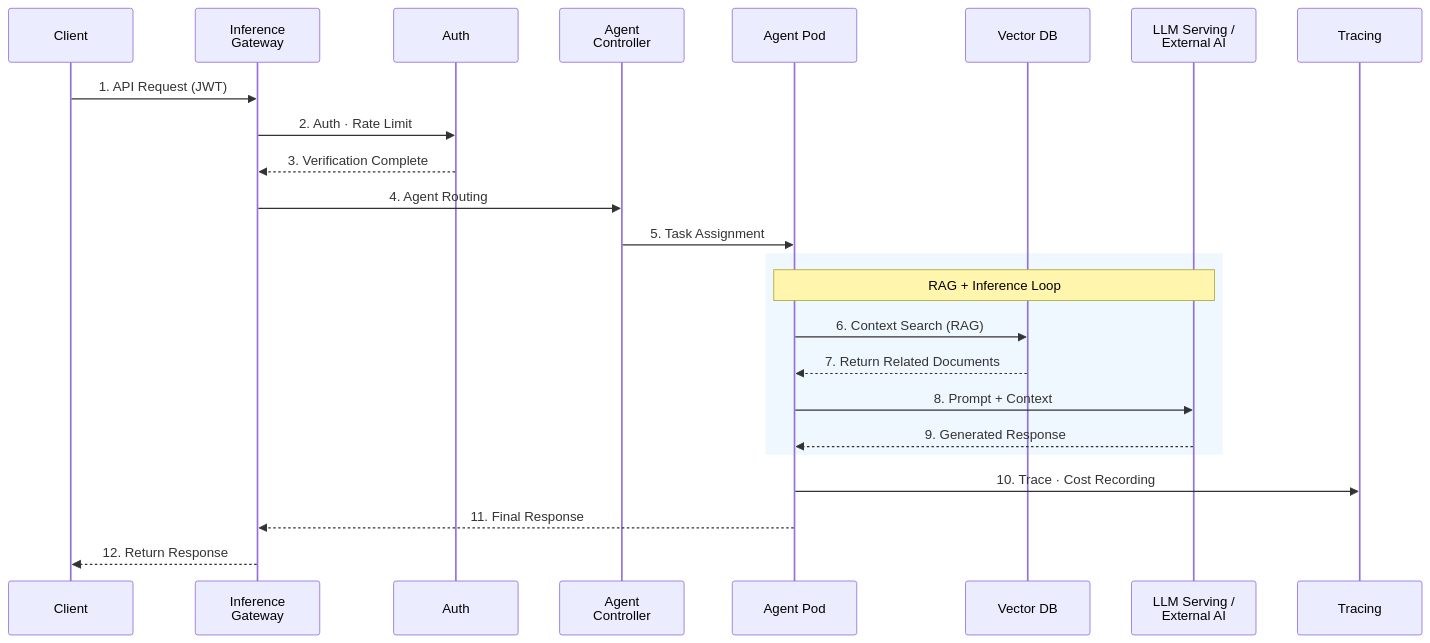
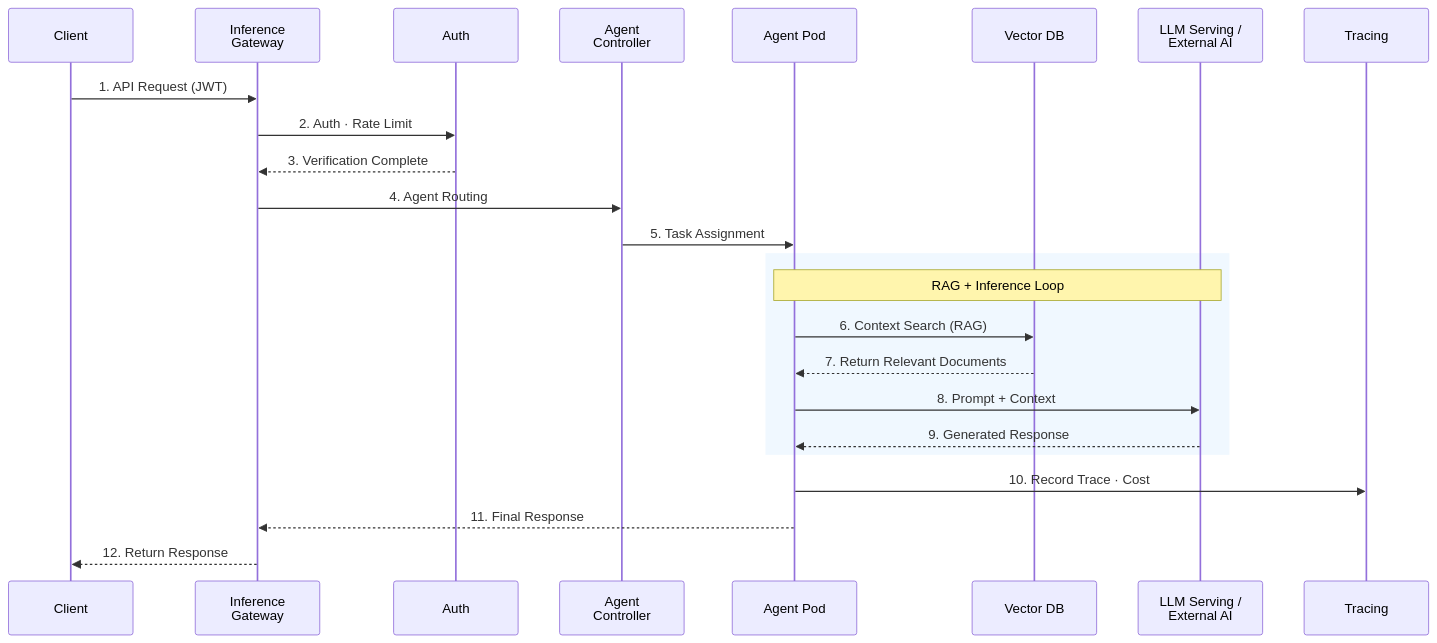
Before and after one commit to devfloor9/engineering-playbook: the fifth of 5 diagrams in i18n/en/docusaurus-plugin-content-docs/current/agentic-ai-platform/design-architecture/agentic-platform-architecture.md, drawn with Mermaid. The commit also changed other lines of this file and 95 other files, not shown here.

````diff
--- a/i18n/en/docusaurus-plugin-content-docs/current/agentic-ai-platform/design-architecture/agentic-platform-architecture.md
+++ b/i18n/en/docusaurus-plugin-content-docs/current/agentic-ai-platform/design-architecture/agentic-platform-architecture.md
@@ -300,29 +300,29 @@
 ```mermaid
 sequenceDiagram
     participant Client as Client
     participant Gateway as Inference<br/>Gateway
     participant Auth as Auth
     participant Controller as Agent<br/>Controller
     participant Agent as Agent Pod
     participant VectorDB as Vector DB
     participant LLM as LLM Serving /<br/>External AI
     participant Trace as Tracing
 
     Client->>Gateway: 1. API Request (JWT)
     Gateway->>Auth: 2. Auth · Rate Limit
     Auth-->>Gateway: 3. Verification Complete
     Gateway->>Controller: 4. Agent Routing
     Controller->>Agent: 5. Task Assignment
 
     rect rgb(240, 248, 255)
     Note over Agent,LLM: RAG + Inference Loop
     Agent->>VectorDB: 6. Context Search (RAG)
-    VectorDB-->>Agent: 7. Return Related Documents
+    VectorDB-->>Agent: 7. Return Relevant Documents
     Agent->>LLM: 8. Prompt + Context
     LLM-->>Agent: 9. Generated Response
     end
 
-    Agent->>Trace: 10. Trace · Cost Recording
+    Agent->>Trace: 10. Record Trace · Cost
     Agent-->>Gateway: 11. Final Response
     Gateway-->>Client: 12. Return Response
 ```
````
